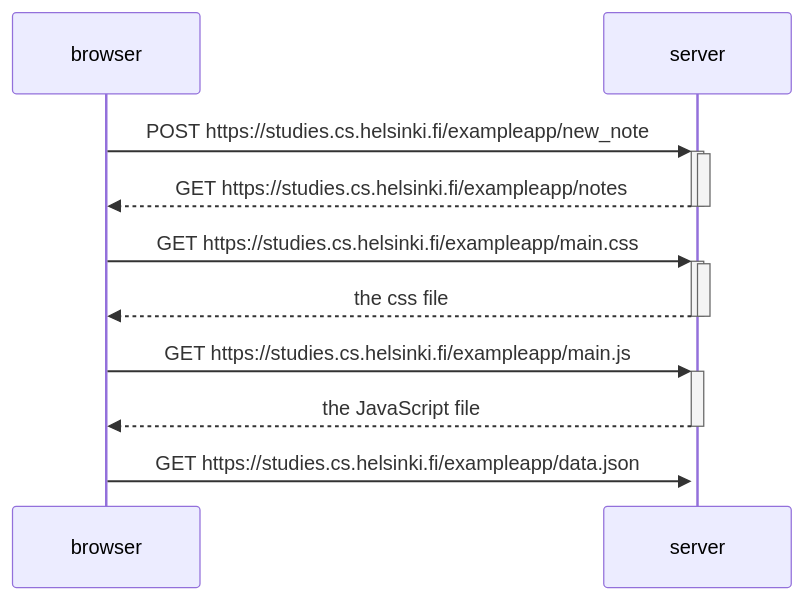
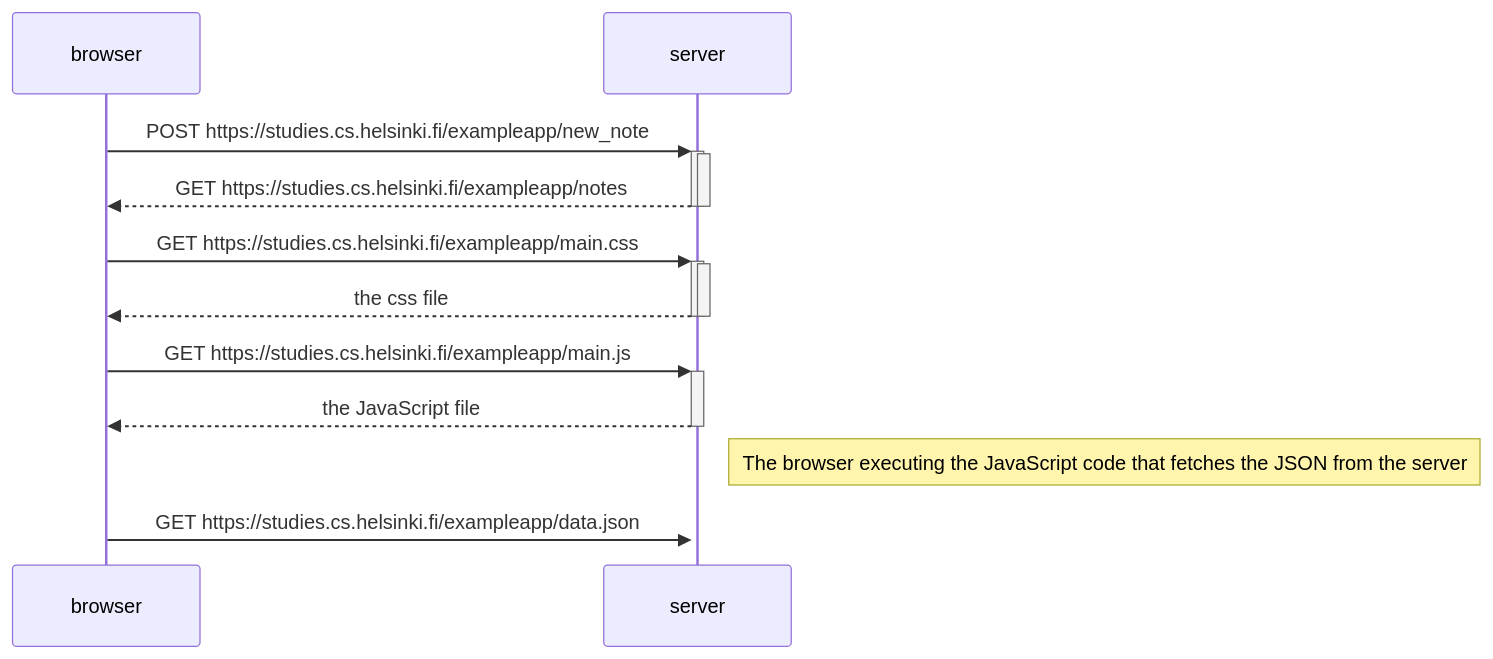
Before and after one commit to AliaCai/Full-Stack-Open: the diagram in part0/new_note_diagram.md, drawn with Mermaid.

````diff
--- a/part0/new_note_diagram.md
+++ b/part0/new_note_diagram.md
@@ -1,26 +1,28 @@
 ```mermaid
 sequenceDiagram
    participant browser
    participant server
 
    browser->>+server: POST https://studies.cs.helsinki.fi/exampleapp/new_note
    activate server
    server-->>-browser: GET https://studies.cs.helsinki.fi/exampleapp/notes
    deactivate server
 
    browser->>+server: GET https://studies.cs.helsinki.fi/exampleapp/main.css
    activate server
    server-->>-browser: the css file
    deactivate server
   
    browser->>+server: GET https://studies.cs.helsinki.fi/exampleapp/main.js
    server-->>-browser: the JavaScript file
 
+  Note right of server: The browser executing the JavaScript code that fetches the JSON from the server
+
 
 
 
    browser->>+server: GET https://studies.cs.helsinki.fi/exampleapp/data.json
 
 
 
 ```
````
